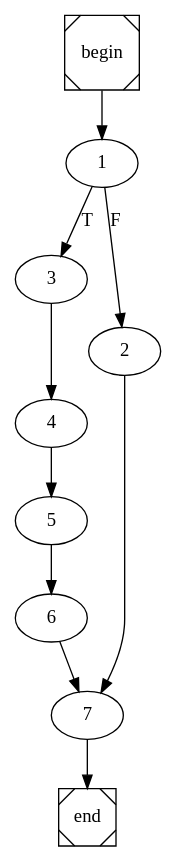
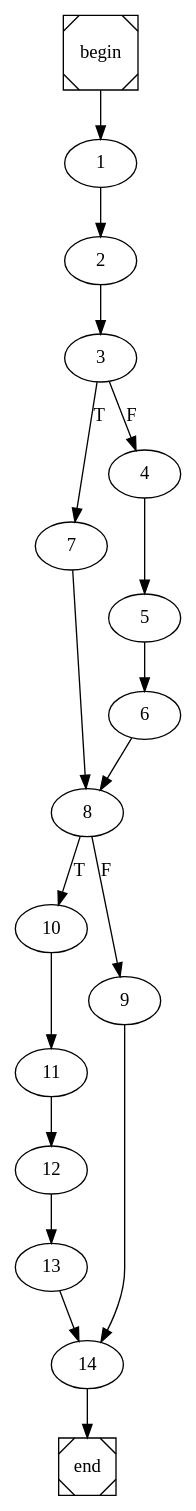
The diagram in quicksort.dot (arubenruben/JMM-Compiler), drawn with Graphviz before and after one commit. The commit also changed 5 other files, not shown here.

```diff
--- a/quicksort.dot
+++ b/quicksort.dot
@@ -1,4 +1,4 @@
 digraph cfg {
 	begin [shape=Msquare];
 	end [shape=Msquare];
-	begin -> 1;	1 -> 3[label=T];	1 -> 2[label=F];	2 -> 7;	3 -> 4;	4 -> 5;	5 -> 6;	6 -> 7;	7 -> end;}
+	begin -> 1;	1 -> 2;	2 -> 3;	3 -> 7[label=T];	3 -> 4[label=F];	4 -> 5;	5 -> 6;	6 -> 8;	7 -> 8;	8 -> 10[label=T];	8 -> 9[label=F];	9 -> 14;	10 -> 11;	11 -> 12;	12 -> 13;	13 -> 14;	14 -> end;}
```
